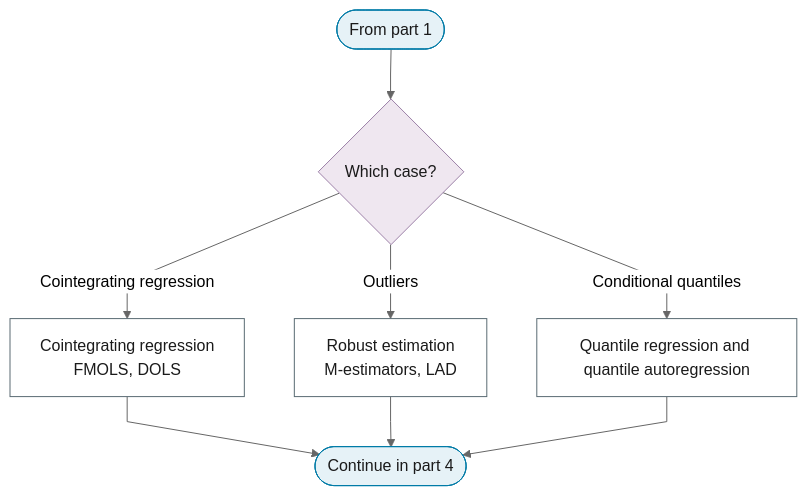
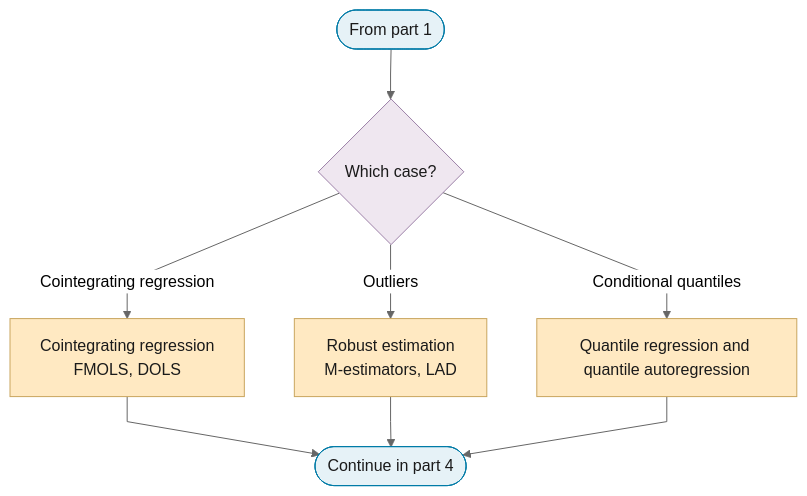
One commit to Shuxin-Y/time-series-analysis-manual changed the second of 4 diagrams in docs/01-workflow/p08-estimation.md. Above: the diagram before and after it, drawn with Mermaid (neutral theme). The commit also changed other lines of this file and 1 other file, not shown here.

First line of the commit message:
style(flowchart): P6 model and P8 estimator leaves keep the escalate outcome class

````diff
--- a/docs/01-workflow/p08-estimation.md
+++ b/docs/01-workflow/p08-estimation.md
@@ -40,20 +40,20 @@
 ```mermaid
 %%{init: {"flowchart": {"curve": "linear"}}}%%
 graph TD
     P8_PART_2_IN(["From part 1"]) --> P8_SPECIAL{"Which case?"}
     P8_SPECIAL -->|"Cointegrating regression"| P8_FMOLS_DOLS["Cointegrating regression<br/>FMOLS, DOLS"]
     P8_SPECIAL -->|"Outliers"| P8_ROBUST["Robust estimation<br/>M-estimators, LAD"]
     P8_SPECIAL -->|"Conditional quantiles"| P8_QUANTILE_REGRESSION["Quantile regression and quantile autoregression"]
     P8_FMOLS_DOLS & P8_ROBUST & P8_QUANTILE_REGRESSION --> P8_SPECIAL_TO_PART_4(["Continue in part 4"])
+    class P8_FMOLS_DOLS,P8_ROBUST,P8_QUANTILE_REGRESSION escalate
     class P8_PART_2_IN,P8_SPECIAL_TO_PART_4 terminator
     class P8_SPECIAL decision
-    class P8_FMOLS_DOLS,P8_ROBUST,P8_QUANTILE_REGRESSION process
     classDef terminator fill:#E6F2F7,stroke:#007BA7,color:#1A1A1A;
     classDef process fill:#FFFFFF,stroke:#5A6B73,color:#1A1A1A;
     classDef decision fill:#EFE7F0,stroke:#9B7FA7,color:#1A1A1A;
     classDef data fill:#FFF4E0,stroke:#C9A55E,color:#1A1A1A;
     classDef good fill:#DCEFD8,stroke:#4A7A3F,color:#1A1A1A;
     classDef escalate fill:#FFE9C2,stroke:#C9A55E,color:#1A1A1A;
     classDef problem fill:#F2D9DE,stroke:#800020,color:#1A1A1A;
     classDef ref fill:#F7F7F7,stroke:#5A6B73,color:#1A1A1A,stroke-dasharray:4 3;
 ```
````
